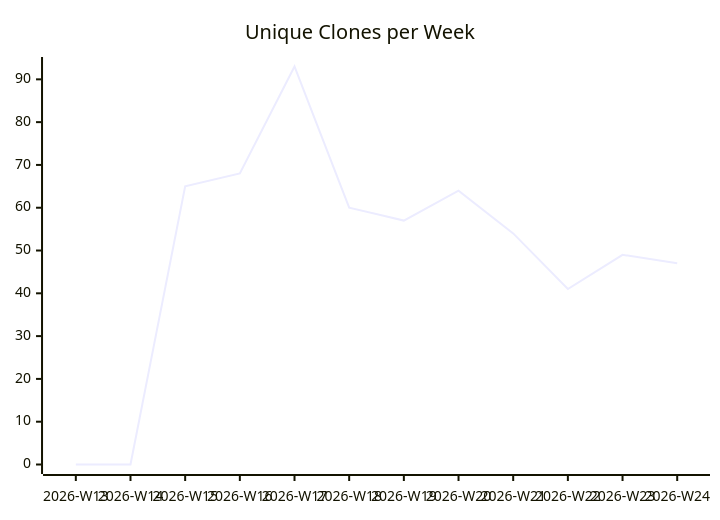
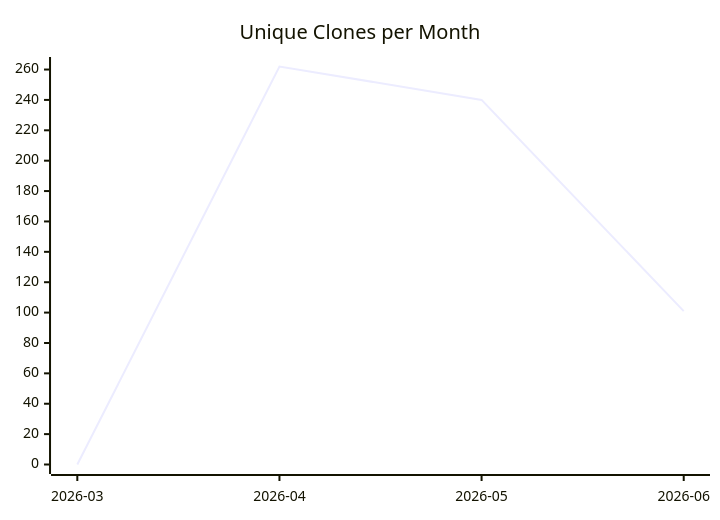
The third of 3 diagrams in justdavis-family/github-analytics-data/README.md (justdavis-family/github-analytics-data), drawn with Mermaid before and after one commit. The commit also changed other lines of this file and 198 other files, not shown here.

````diff
--- a/justdavis-family/github-analytics-data/README.md
+++ b/justdavis-family/github-analytics-data/README.md
@@ -19,6 +19,6 @@
 ```mermaid
 xychart-beta
-  title "Unique Clones per Week"
-  x-axis ["2026-W13", "2026-W14", "2026-W15", "2026-W16", "2026-W17", "2026-W18", "2026-W19", "2026-W20", "2026-W21", "2026-W22", "2026-W23", "2026-W24"]
-  line [0, 0, 65, 68, 93, 60, 57, 64, 54, 41, 49, 47]
+  title "Unique Clones per Month"
+  x-axis ["2026-03", "2026-04", "2026-05", "2026-06"]
+  line [0, 262, 240, 101]
 ```
````
